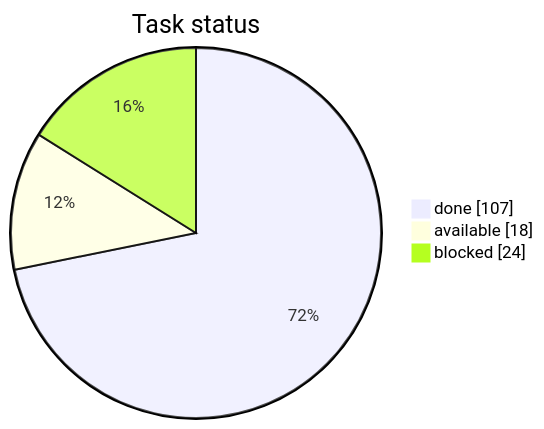
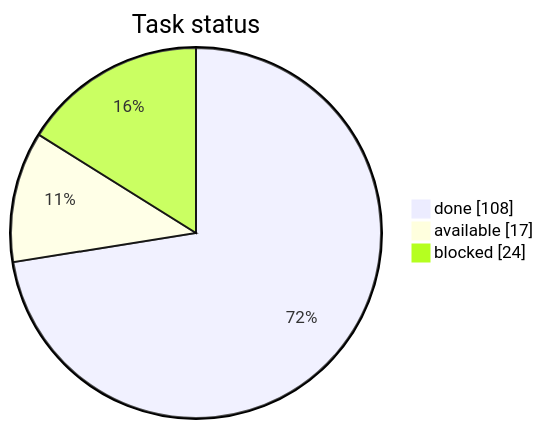
One commit to artemiiShabanov/RallyRivals changed the first of 3 diagrams in STATUS.md. Above: the diagram before and after it, drawn with Mermaid. The commit also changed other lines of this file and 1 other file, not shown here.

Commit message:
tasks: mark code-core-pooling done + sync STATUS

````diff
--- a/STATUS.md
+++ b/STATUS.md
@@ -7,7 +7,7 @@
 ```mermaid
 pie showData
     title Task status
-    "done" : 107
-    "available" : 18
+    "done" : 108
+    "available" : 17
     "blocked" : 24
 ```
````
